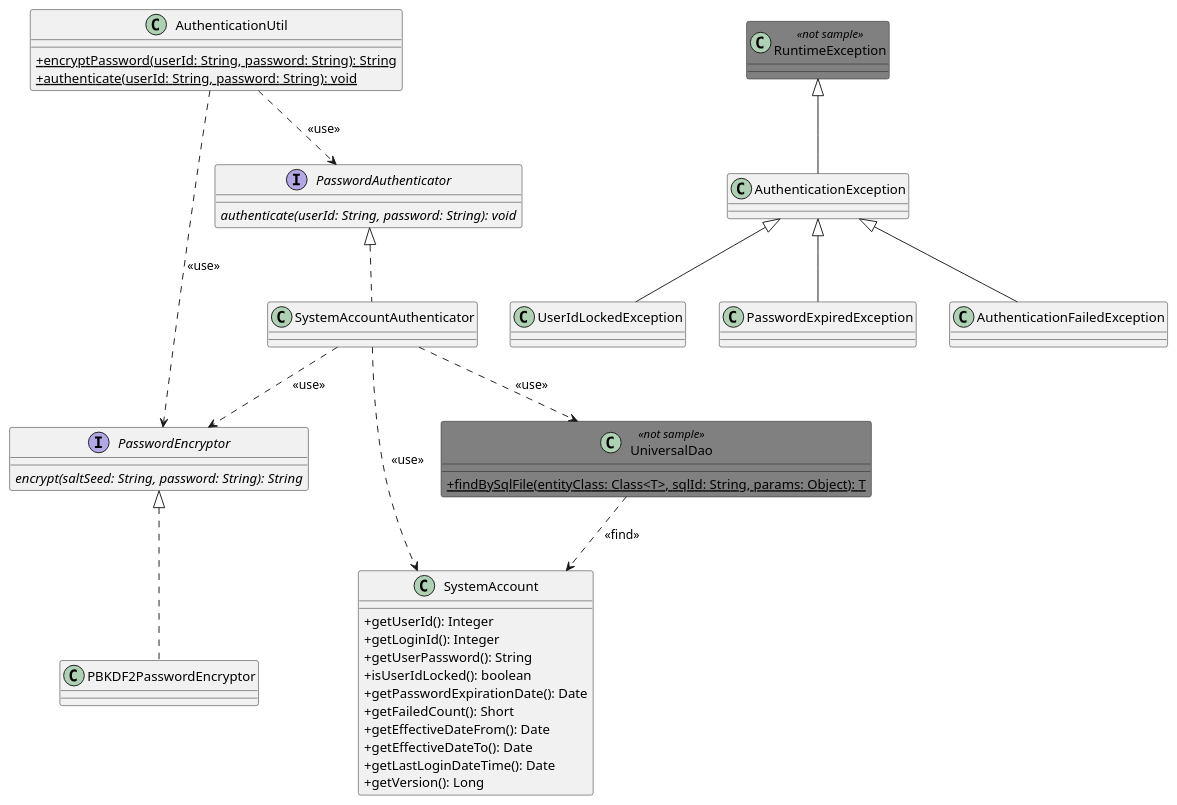
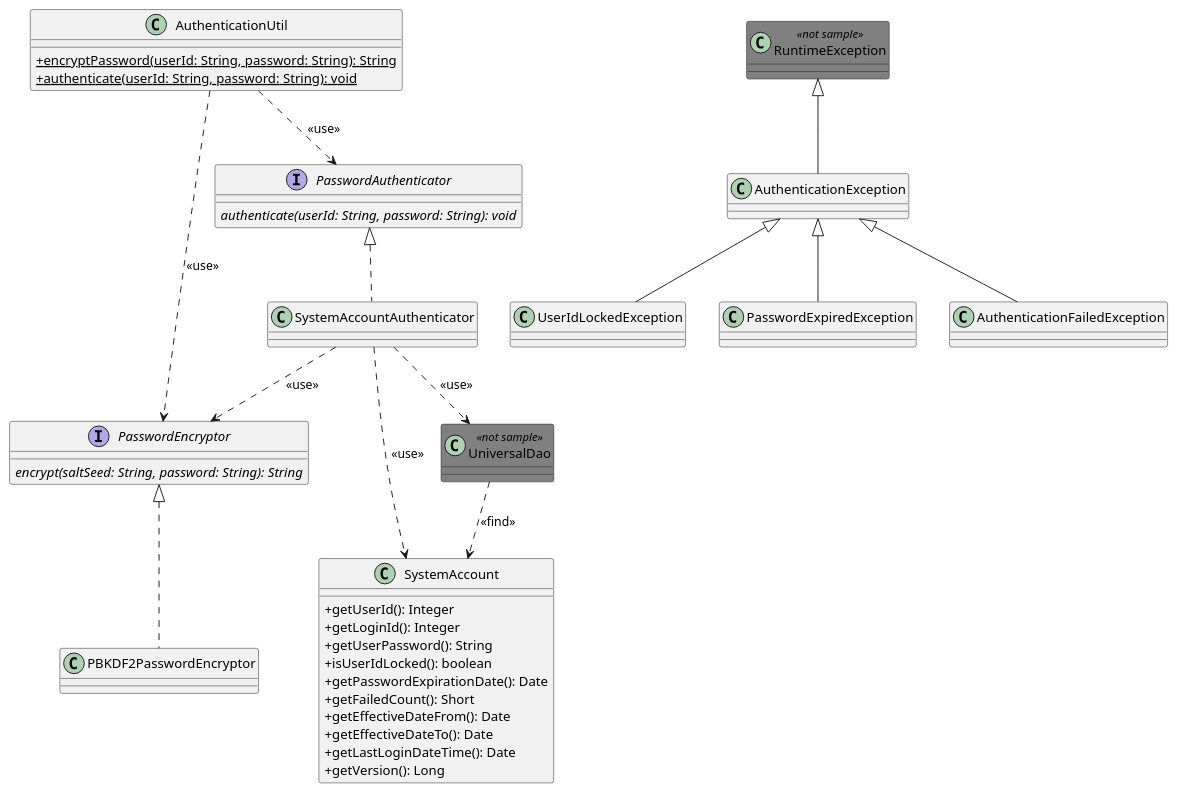
Before and after one commit to nablarch/nablarch-document: the diagram in ja/examples/01/_images/Authentication_ClassDiagram.pu, drawn with PlantUML.

Commit message:
UniversalDaoのメソッド表記は不要のため削除しました。

```diff
--- a/ja/examples/01/_images/Authentication_ClassDiagram.pu
+++ b/ja/examples/01/_images/Authentication_ClassDiagram.pu
@@ -1,59 +1,57 @@
 @startuml
 
 skinparam classAttributeIconSize 0
 
 skinparam class {
     BackgroundColor<<not sample>> Gray
 }
 
 interface PasswordEncryptor {
     {abstract} encrypt(saltSeed: String, password: String): String
 }
 
 class PBKDF2PasswordEncryptor implements PasswordEncryptor
 
 class SystemAccount {
     + getUserId(): Integer
     + getLoginId(): Integer
     + getUserPassword(): String
     + isUserIdLocked(): boolean
     + getPasswordExpirationDate(): Date
     + getFailedCount(): Short
     + getEffectiveDateFrom(): Date
     + getEffectiveDateTo(): Date
     + getLastLoginDateTime(): Date
     + getVersion(): Long
 }
 
 class RuntimeException <<not sample>>
 
 class AuthenticationException extends RuntimeException
 class UserIdLockedException extends AuthenticationException
 class PasswordExpiredException extends AuthenticationException
 class AuthenticationFailedException extends AuthenticationException
 
 interface PasswordAuthenticator {
     {abstract} authenticate(userId: String, password: String): void
 }
 
 class SystemAccountAuthenticator implements PasswordAuthenticator
 
 class AuthenticationUtil {
     {static} + encryptPassword(userId: String, password: String): String
     {static} + authenticate(userId: String, password: String): void
 }
 
-class UniversalDao <<not sample>> {
-    {static} + findBySqlFile(entityClass: Class<T>, sqlId: String, params: Object): T
-}
+class UniversalDao <<not sample>>
 
 AuthenticationUtil ..> PasswordEncryptor : <<use>>
 AuthenticationUtil ..> PasswordAuthenticator : <<use>>
 
 SystemAccountAuthenticator ..> SystemAccount : <<use>>
 SystemAccountAuthenticator ..> PasswordEncryptor: <<use>>
 SystemAccountAuthenticator ..> UniversalDao : <<use>>
 
 UniversalDao ..> SystemAccount: <<find>>
 
 @enduml
```
